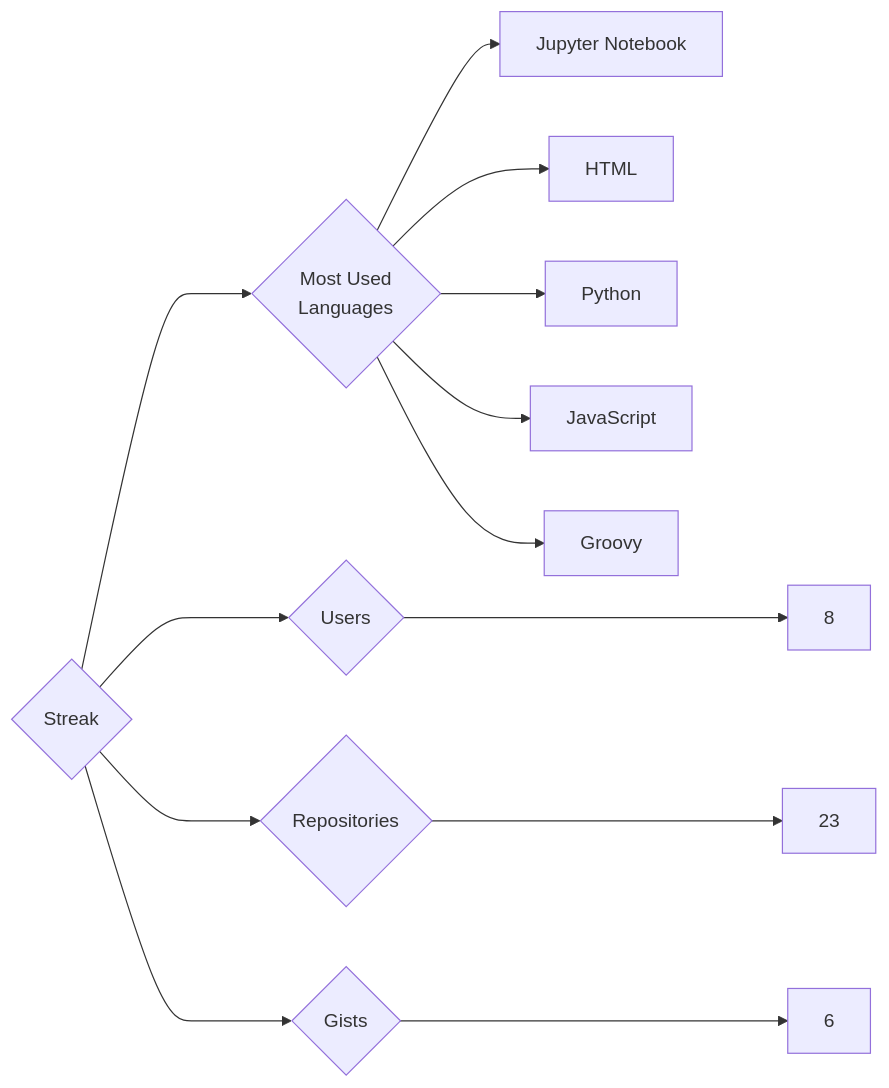
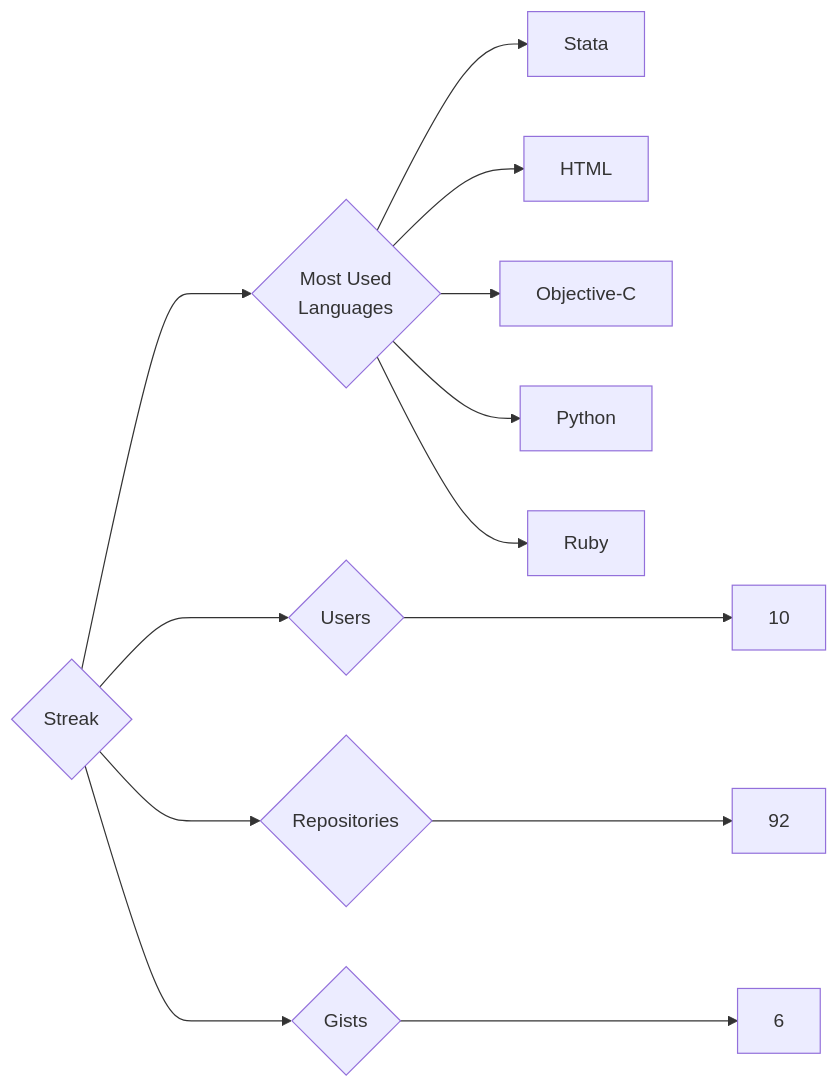
The diagram in targets/Streak/README.md (trickest/insiders), drawn with Mermaid before and after one commit. The commit also changed 1011 other files, not shown here.

````diff
--- a/targets/Streak/README.md
+++ b/targets/Streak/README.md
@@ -3,13 +3,13 @@
 ```mermaid
 graph LR
 COMPANY_NAME{Streak}
-COMPANY_NAME ---> U{Users} ---> UN[8]
-COMPANY_NAME ---> R{Repositories} ---> RN[23]
+COMPANY_NAME ---> U{Users} ---> UN[10]
+COMPANY_NAME ---> R{Repositories} ---> RN[92]
 COMPANY_NAME ---> G{Gists} ---> GN[6]
 COMPANY_NAME ---> ML{Most Used<br>Languages}
-ML --> Jupyter_Notebook[Jupyter Notebook]
+ML --> Stata[Stata]
 ML --> HTML[HTML]
+ML --> Objective-C[Objective-C]
 ML --> Python[Python]
-ML --> JavaScript[JavaScript]
-ML --> Groovy[Groovy]
+ML --> Ruby[Ruby]
 ```
````
